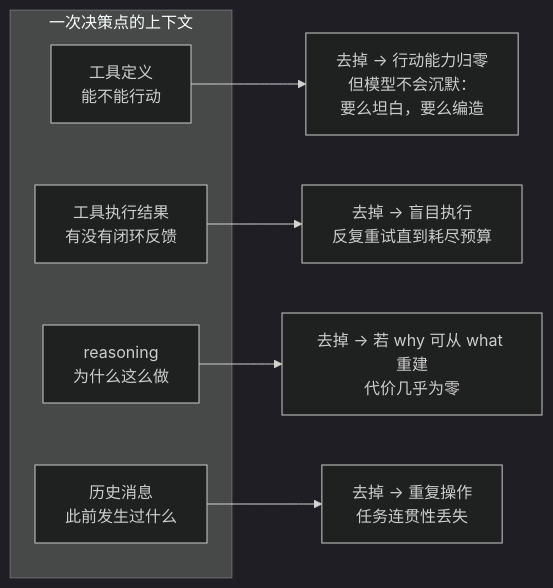
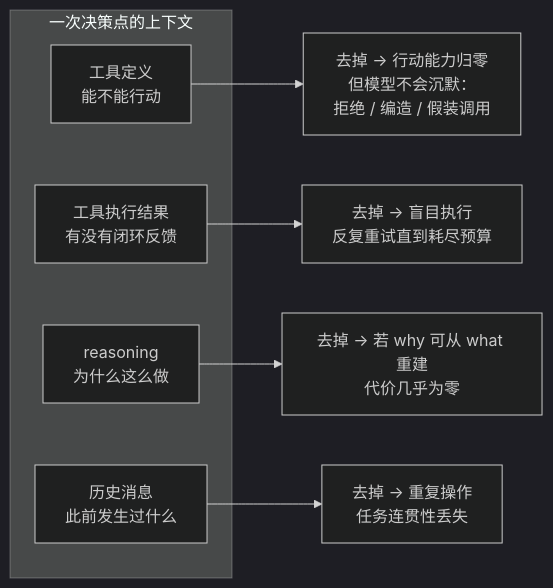
Before and after one commit to Bald0Wang/ai-agent-book: the second of 2 diagrams in chapter1/wechat/03-实验1-1-上下文消融.template.md, drawn with Mermaid (dark theme). The commit also changed other lines of this file and 29 other files, not shown here.

First line of the commit message:
chapter1/wechat: 笔记加入证据上下文与 1-4 效果图；更正 1-1 一处结论

````diff
--- a/chapter1/wechat/03-实验1-1-上下文消融.template.md
+++ b/chapter1/wechat/03-实验1-1-上下文消融.template.md
@@ -149,13 +163,13 @@
 ```mermaid
 flowchart LR
     subgraph Q["一次决策点的上下文"]
         A["工具定义<br/>能不能行动"]
         B["工具执行结果<br/>有没有闭环反馈"]
         C["reasoning<br/>为什么这么做"]
         D["历史消息<br/>此前发生过什么"]
     end
-    A --> A1["去掉 → 行动能力归零<br/>但模型不会沉默：<br/>要么坦白，要么编造"]
+    A --> A1["去掉 → 行动能力归零<br/>但模型不会沉默：<br/>拒绝 / 编造 / 假装调用"]
     B --> B1["去掉 → 盲目执行<br/>反复重试直到耗尽预算"]
     C --> C1["去掉 → 若 why 可从 what 重建<br/>代价几乎为零"]
     D --> D1["去掉 → 重复操作<br/>任务连贯性丢失"]
 ```
````
